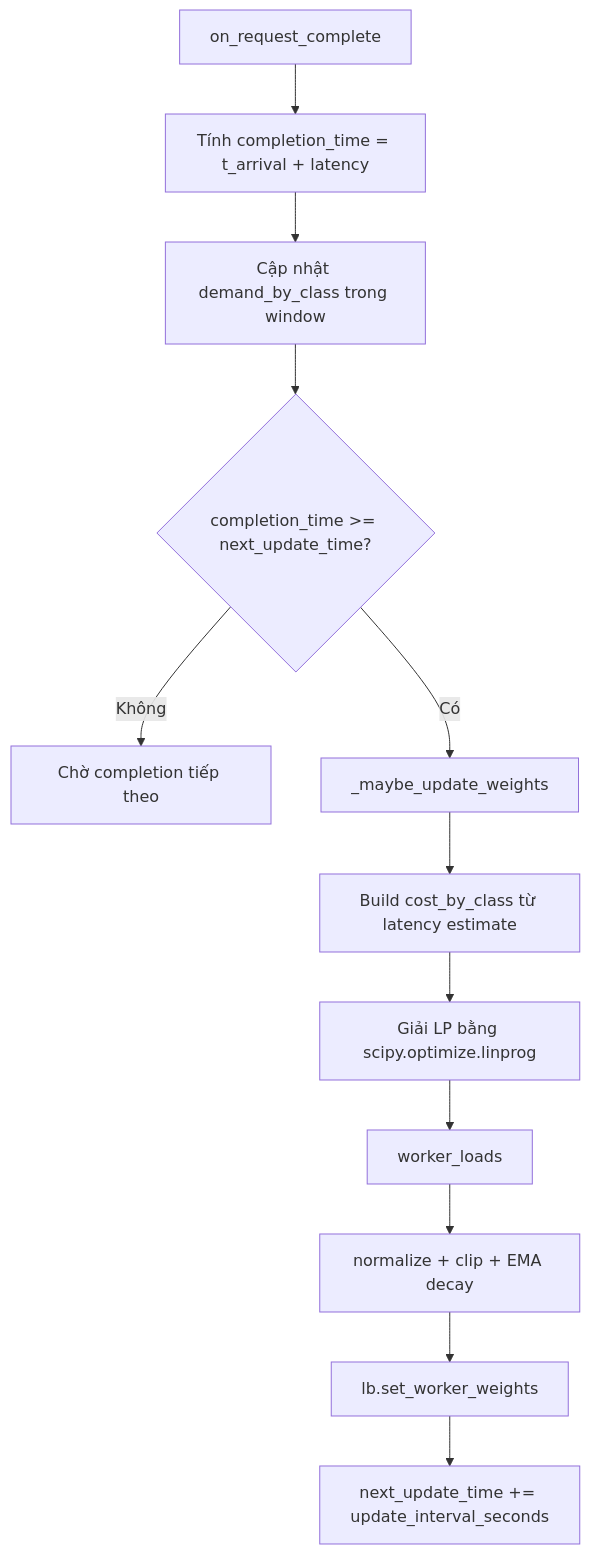
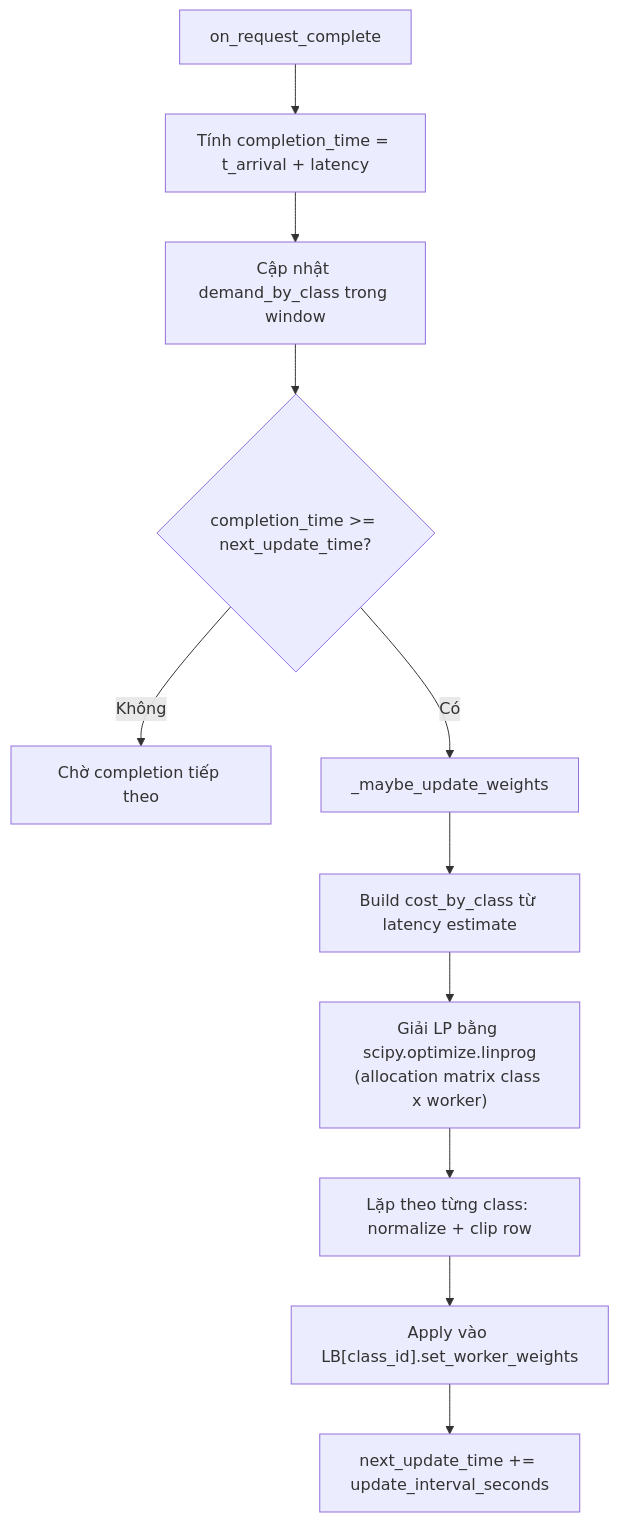
One commit to ahihi8z8z/lb-simulation changed the third of 3 diagrams in docs/flow_diagrams.md. Above: the diagram before and after it, drawn with Mermaid. The commit also changed other lines of this file and 8 other files, not shown here.

Commit message:
Update docs for per-class LB and tracker architecture

````diff
--- a/docs/flow_diagrams.md
+++ b/docs/flow_diagrams.md
@@ -43,14 +43,13 @@
 ```mermaid
 flowchart TD
     A["on_request_complete"] --> B["Tính completion_time = t_arrival + latency"]
     B --> C["Cập nhật demand_by_class trong window"]
     C --> D{completion_time >= next_update_time?}
     D -- Không --> E["Chờ completion tiếp theo"]
     D -- Có --> F["_maybe_update_weights"]
     F --> G["Build cost_by_class từ latency estimate"]
-    G --> H["Giải LP bằng scipy.optimize.linprog"]
-    H --> I["worker_loads"]
-    I --> J["normalize + clip + EMA decay"]
-    J --> K["lb.set_worker_weights"]
+    G --> H["Giải LP bằng scipy.optimize.linprog<br/>(allocation matrix class x worker)"]
+    H --> I["Lặp theo từng class: normalize + clip row"]
+    I --> K["Apply vào LB[class_id].set_worker_weights"]
     K --> L["next_update_time += update_interval_seconds"]
 ```
````
